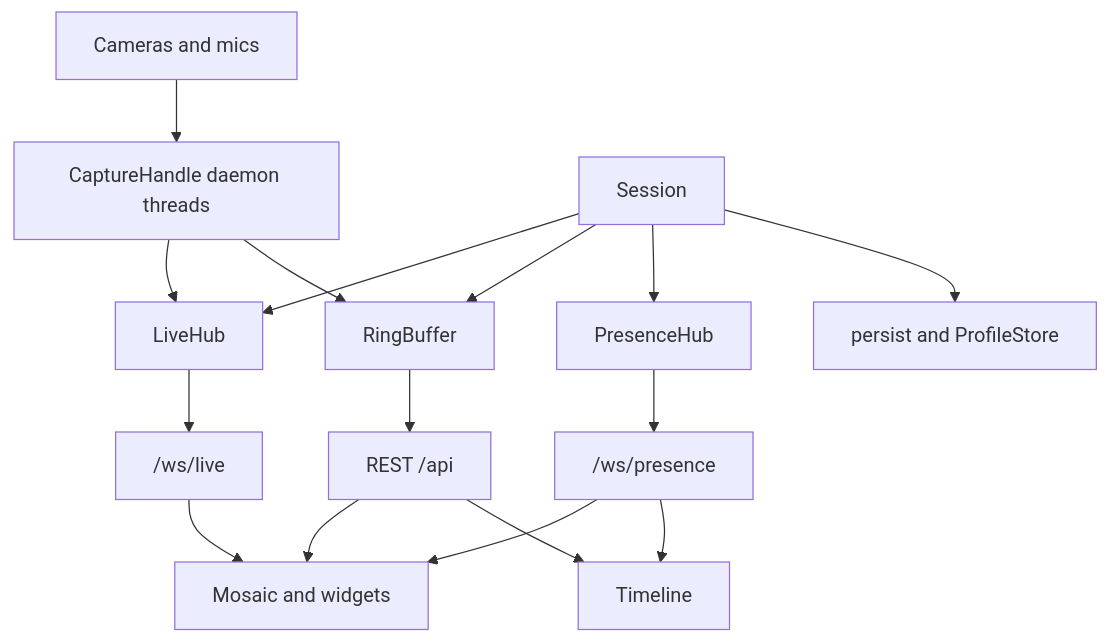
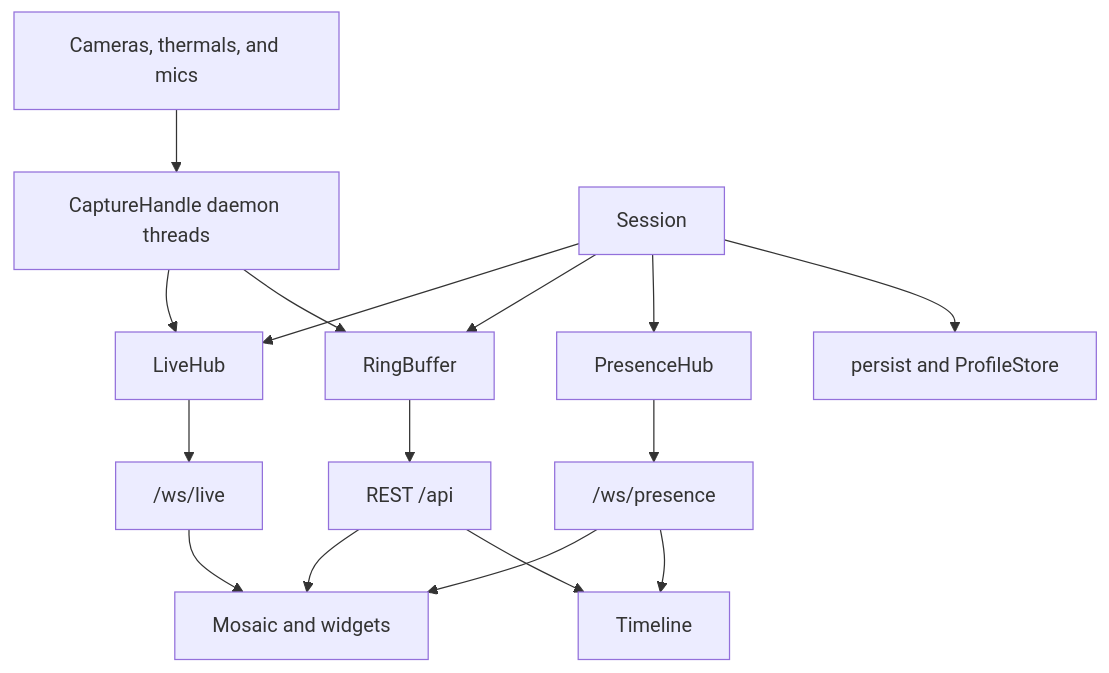
The diagram in docs/architecture.md (MandusBorjesson/measync), drawn with Mermaid before and after one commit. The commit also changed other lines of this file and 17 other files, not shown here.

````diff
--- a/docs/architecture.md
+++ b/docs/architecture.md
@@ -76,31 +76,31 @@
 ```mermaid
 flowchart TB
-  hw[Cameras and mics]
+  hw[Cameras, thermals, and mics]
   capture[CaptureHandle daemon threads]
   session[Session]
   hub[LiveHub]
   ring[RingBuffer]
   presence[PresenceHub]
   persist[persist and ProfileStore]
   rest[REST /api]
   wsLive["/ws/live"]
   wsPres["/ws/presence"]
   mosaic[Mosaic and widgets]
   timeline[Timeline]
 
   hw --> capture
   capture --> hub
   capture --> ring
   session --> hub
   session --> ring
   session --> presence
   session --> persist
   hub --> wsLive
   ring --> rest
   presence --> wsPres
   rest --> mosaic
   rest --> timeline
   wsLive --> mosaic
   wsPres --> mosaic
   wsPres --> timeline
 ```
````
